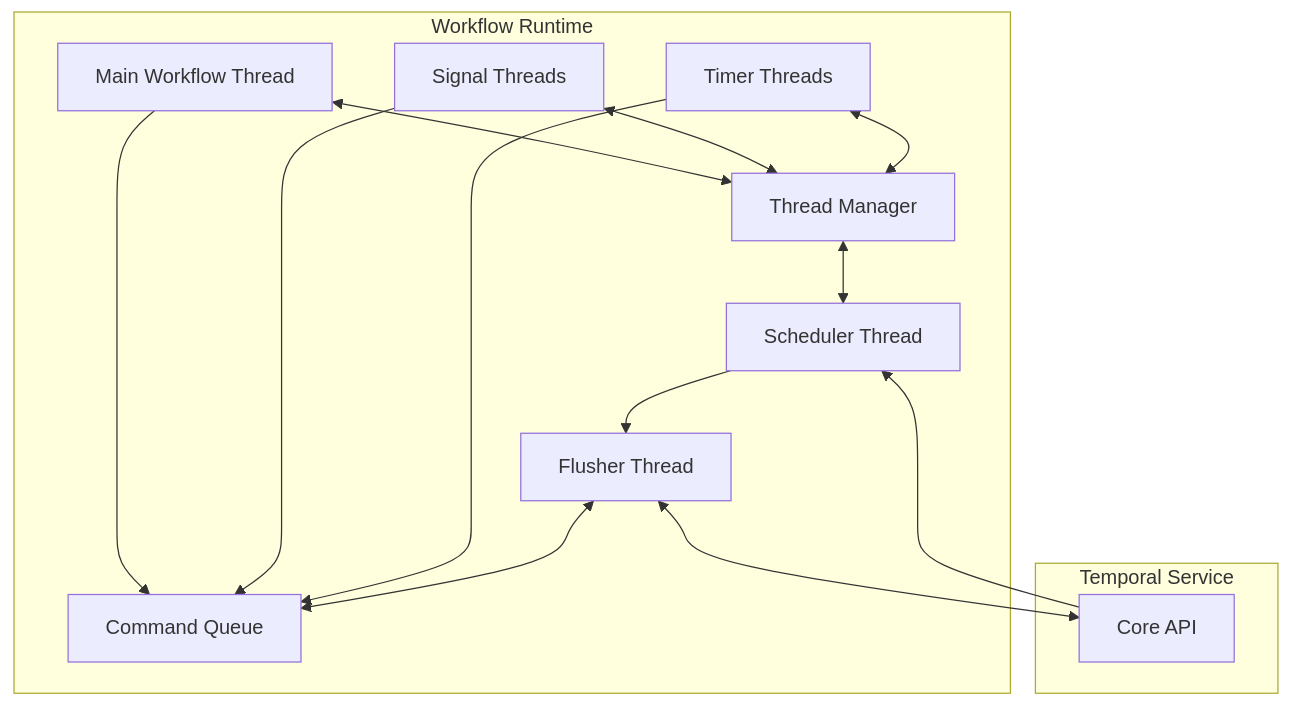
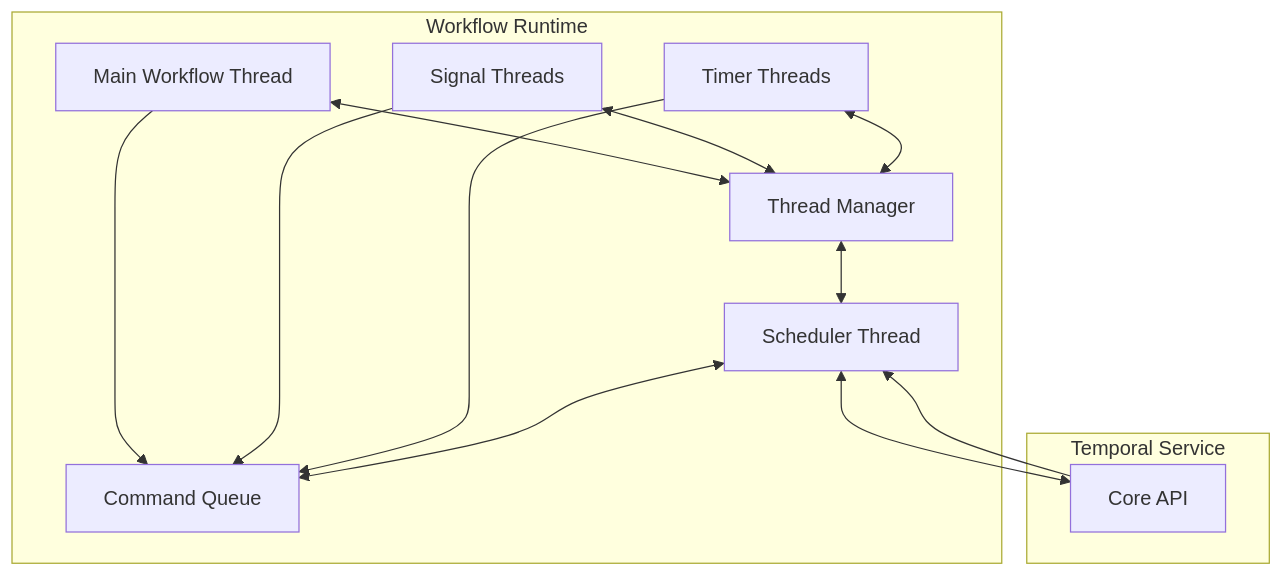
Before and after one commit to MercuryTechnologies/hs-temporal-sdk: the fourth of 4 diagrams in docs/command-queue.md, drawn with Mermaid. The commit also changed other lines of this file and 12 other files, not shown here.

````diff
--- a/docs/command-queue.md
+++ b/docs/command-queue.md
@@ -145,28 +146,26 @@
 ```mermaid
 flowchart TD
     subgraph "Workflow Runtime"
         A[Main Workflow Thread]
         B[Signal Threads]
         C[Timer Threads]
         D[Command Queue]
         E[Thread Manager]
         F[Scheduler Thread]
-        G[Flusher Thread]
     end
 
     subgraph "Temporal Service"
         H[Core API]
     end
 
     A --> D
     B --> D
     C --> D
     A <--> E
     B <--> E
     C <--> E
     E <--> F
-    F --> G
-    G <--> D
-    G <--> H
+    F <--> D
+    F <--> H
     H --> F
 ```
````
